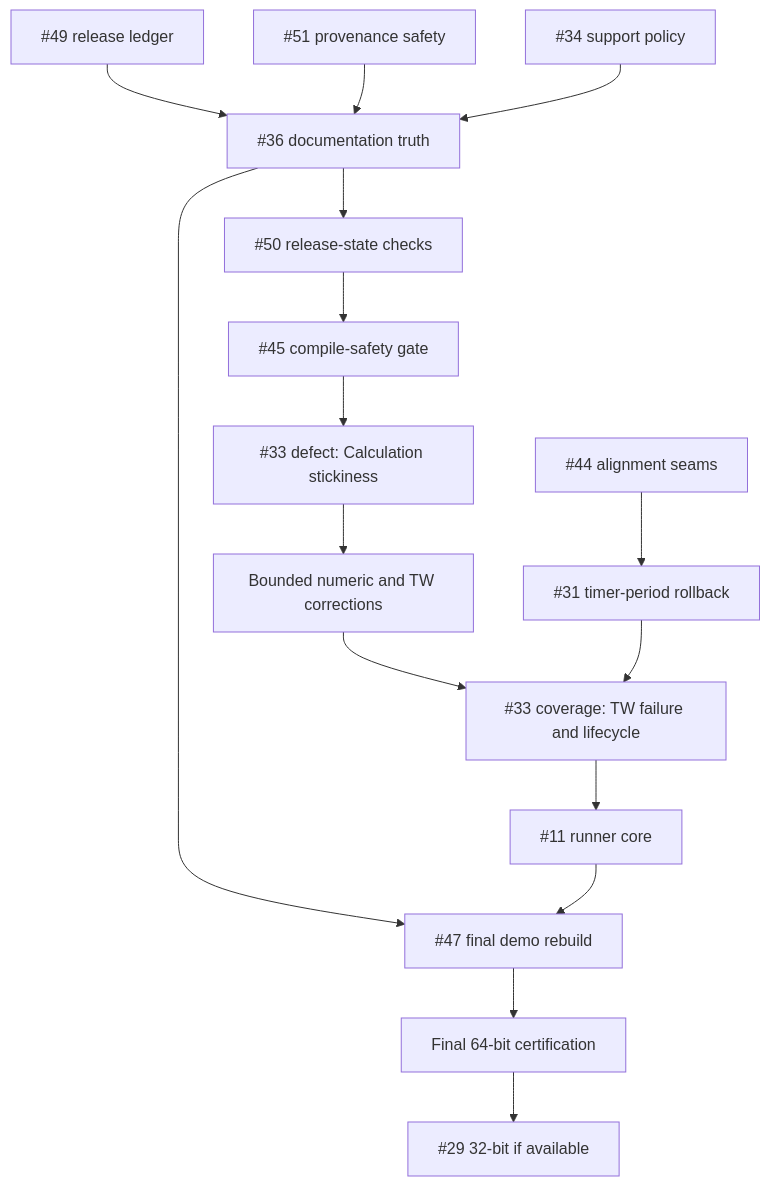
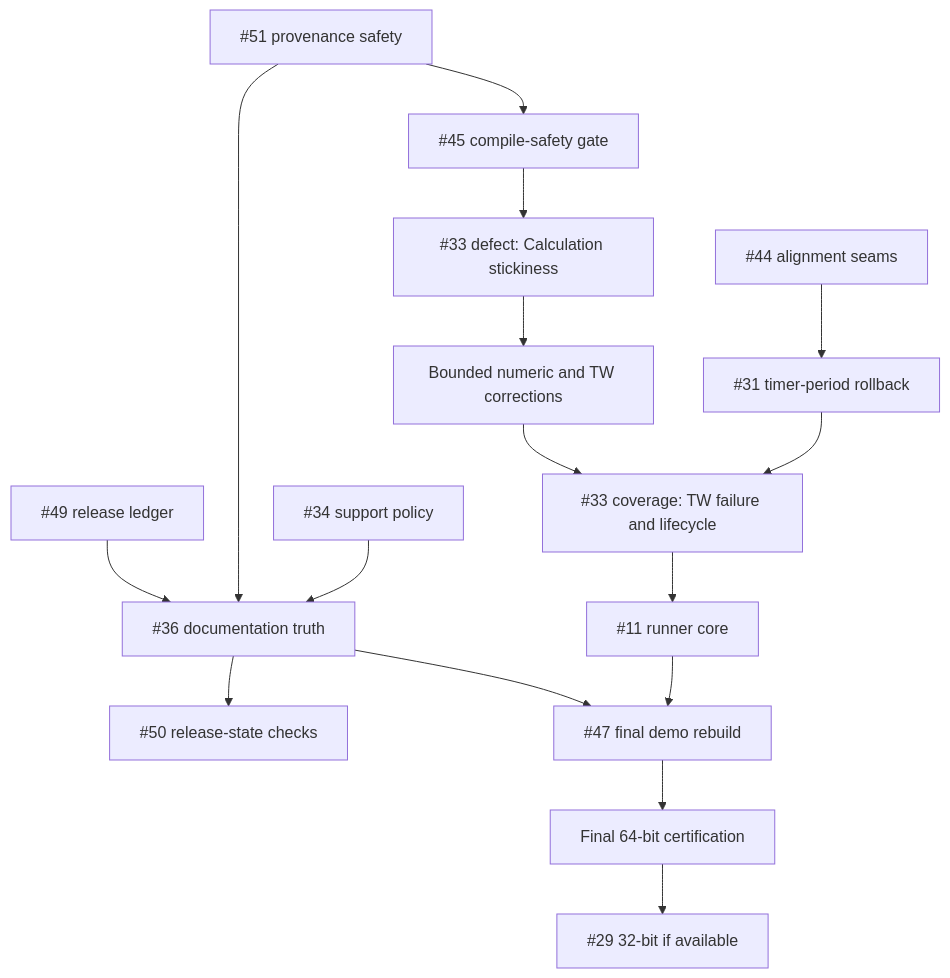
One commit to danielep71/VBA-PERFORMANCE_MANAGER changed the diagram in docs/V1.4.1_IMPLEMENTATION_PLAN.md. Above: the diagram before and after it, drawn with Mermaid. The commit also changed other lines of this file and 6 other files, not shown here.

````diff
--- a/docs/V1.4.1_IMPLEMENTATION_PLAN.md
+++ b/docs/V1.4.1_IMPLEMENTATION_PLAN.md
@@ -373,18 +405,18 @@
 ```mermaid
 flowchart TD
     A["#49 release ledger"] --> C["#36 documentation truth"]
     B["#51 provenance safety"] --> C
     J["#34 support policy"] --> C
     C --> D["#50 release-state checks"]
-    D --> E["#45 compile-safety gate"]
+    B --> E["#45 compile-safety gate"]
     E --> N["#33 defect: Calculation stickiness"]
     N --> F["Bounded numeric and TW corrections"]
     G["#44 alignment seams"] --> H["#31 timer-period rollback"]
     F --> P["#33 coverage: TW failure and lifecycle"]
     H --> P
     P --> I["#11 runner core"]
     C --> K["#47 final demo rebuild"]
     I --> K
     K --> L["Final 64-bit certification"]
     L --> M["#29 32-bit if available"]
 ```
````
